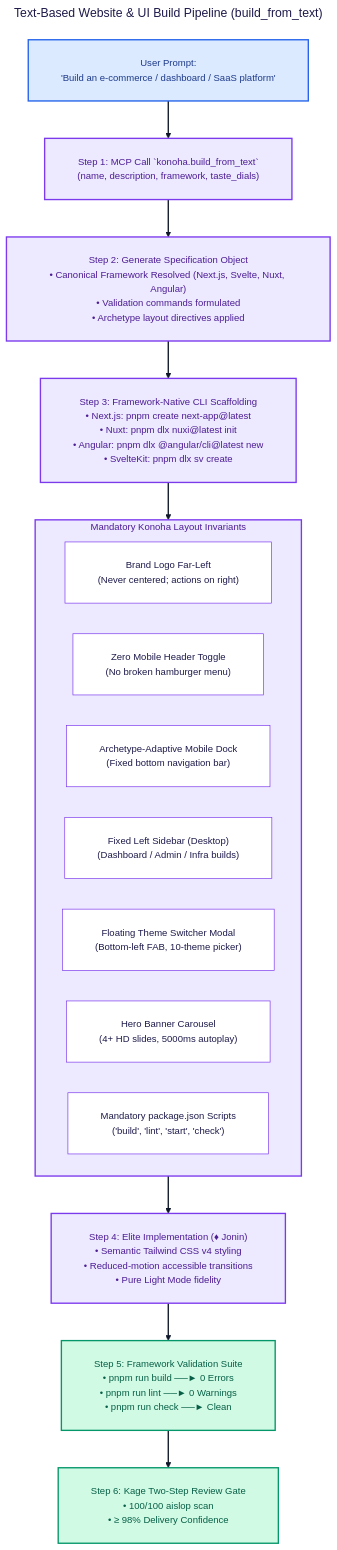
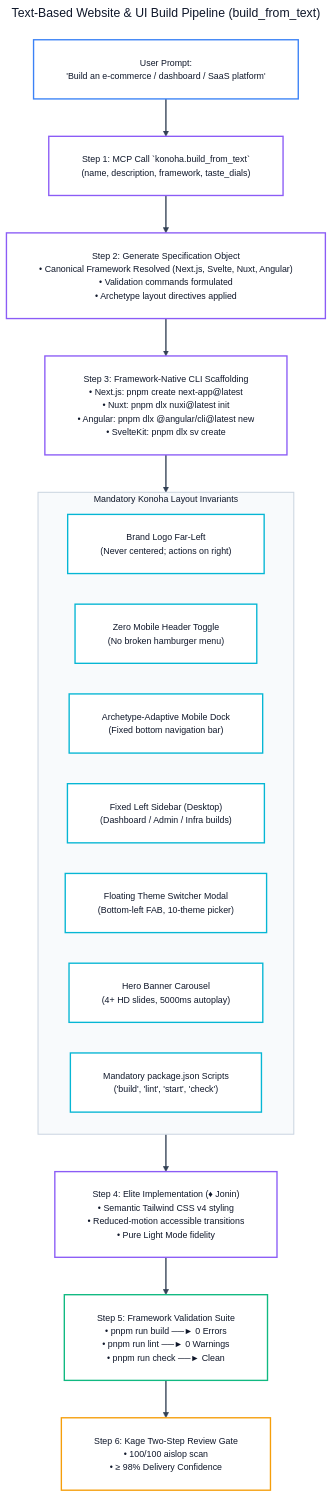
The fourth of 14 diagrams in docs/ALL-WORKFLOW-DIAGRAMS.md (andycungkrinx91/konoha), drawn with Mermaid before and after one commit. The commit also changed other lines of this file and 107 other files, not shown here.

````diff
--- a/docs/ALL-WORKFLOW-DIAGRAMS.md
+++ b/docs/ALL-WORKFLOW-DIAGRAMS.md
@@ -216,52 +237,62 @@
 ```mermaid
 ---
 title: Text-Based Website & UI Build Pipeline (build_from_text)
 config:
   theme: base
   themeVariables:
+    darkMode: false
     background: '#ffffff'
     mainBkg: '#ffffff'
-    primaryColor: '#ede9fe'
-    primaryTextColor: '#1e1b4b'
-    primaryBorderColor: '#7c3aed'
-    lineColor: '#0f172a'
-    arrowheadColor: '#0f172a'
-    fontFamily: 'Inter, system-ui, sans-serif'
-    fontSize: '14px'
+    primaryColor: '#ffffff'
+    primaryTextColor: '#0f172a'
+    primaryBorderColor: '#3b82f6'
+    lineColor: '#334155'
+    arrowheadColor: '#334155'
+    secondaryColor: '#f8fafc'
+    tertiaryColor: '#ffffff'
+    fontFamily: 'Inter, system-ui, -apple-system, sans-serif'
+    fontSize: '13px'
   flowchart:
     nodeSpacing: 45
     rankSpacing: 55
     padding: 24
     wrappingWidth: 380
 ---
 flowchart TD
     UserReq["User Prompt:<br/>'Build an e-commerce / dashboard / SaaS platform'"] --> Step1["Step 1: MCP Call `konoha.build_from_text`<br/>(name, description, framework, taste_dials)"]
     Step1 --> Step2["Step 2: Generate Specification Object<br/>• Canonical Framework Resolved (Next.js, Svelte, Nuxt, Angular)<br/>• Validation commands formulated<br/>• Archetype layout directives applied"]
 
     Step2 --> Step3["Step 3: Framework-Native CLI Scaffolding<br/>• Next.js: pnpm create next-app@latest<br/>• Nuxt: pnpm dlx nuxi@latest init<br/>• Angular: pnpm dlx @angular/cli@latest new<br/>• SvelteKit: pnpm dlx sv create"]
 
     subgraph MandatoryInvariants ["Mandatory Konoha Layout Invariants"]
         I1["Brand Logo Far-Left<br/>(Never centered; actions on right)"]
         I2["Zero Mobile Header Toggle<br/>(No broken hamburger menu)"]
         I3["Archetype-Adaptive Mobile Dock<br/>(Fixed bottom navigation bar)"]
         I4["Fixed Left Sidebar (Desktop)<br/>(Dashboard / Admin / Infra builds)"]
         I5["Floating Theme Switcher Modal<br/>(Bottom-left FAB, 10-theme picker)"]
         I6["Hero Banner Carousel<br/>(4+ HD slides, 5000ms autoplay)"]
         I7["Mandatory package.json Scripts<br/>('build', 'lint', 'start', 'check')"]
     end
 
     Step3 --> MandatoryInvariants
     MandatoryInvariants --> Step4["Step 4: Elite Implementation (♦ Jonin)<br/>• Semantic Tailwind CSS v4 styling<br/>• Reduced-motion accessible transitions<br/>• Pure Light Mode fidelity"]
 
     Step4 --> Step5["Step 5: Framework Validation Suite<br/>• pnpm run build ──► 0 Errors<br/>• pnpm run lint  ──► 0 Warnings<br/>• pnpm run check ──► Clean"]
 
     Step5 --> Step6["Step 6: Kage Two-Step Review Gate<br/>• 100/100 aislop scan<br/>• ≥ 98% Delivery Confidence"]
 
-    linkStyle default stroke:#0f172a,stroke-width:2px;
-    classDef req fill:#dbeafe,stroke:#2563eb,color:#1e3a8a,stroke-width:2px;
-    classDef scaffold fill:#ede9fe,stroke:#7c3aed,color:#4c1d95,stroke-width:2px;
-    classDef validate fill:#d1fae5,stroke:#059669,color:#065f46,stroke-width:2px;
-    class UserReq req;
-    class Step1,Step2,Step3,MandatoryInvariants,Step4 scaffold;
-    class Step5,Step6 validate;
+    linkStyle default stroke:#334155,stroke-width:2px;
+    style MandatoryInvariants fill:#f8fafc,stroke:#cbd5e1,stroke-width:1.5px,color:#0f172a;
+
+    classDef reqNode fill:#ffffff,stroke:#3b82f6,color:#0f172a,stroke-width:2px;
+    classDef scaffoldNode fill:#ffffff,stroke:#8b5cf6,color:#0f172a,stroke-width:2px;
+    classDef invNode fill:#ffffff,stroke:#06b6d4,color:#0f172a,stroke-width:2px;
+    classDef valNode fill:#ffffff,stroke:#10b981,color:#0f172a,stroke-width:2px;
+    classDef gateNode fill:#ffffff,stroke:#f59e0b,color:#0f172a,stroke-width:2px;
+
+    class UserReq reqNode;
+    class Step1,Step2,Step3,Step4 scaffoldNode;
+    class I1,I2,I3,I4,I5,I6,I7 invNode;
+    class Step5 valNode;
+    class Step6 gateNode;
 ```
````
